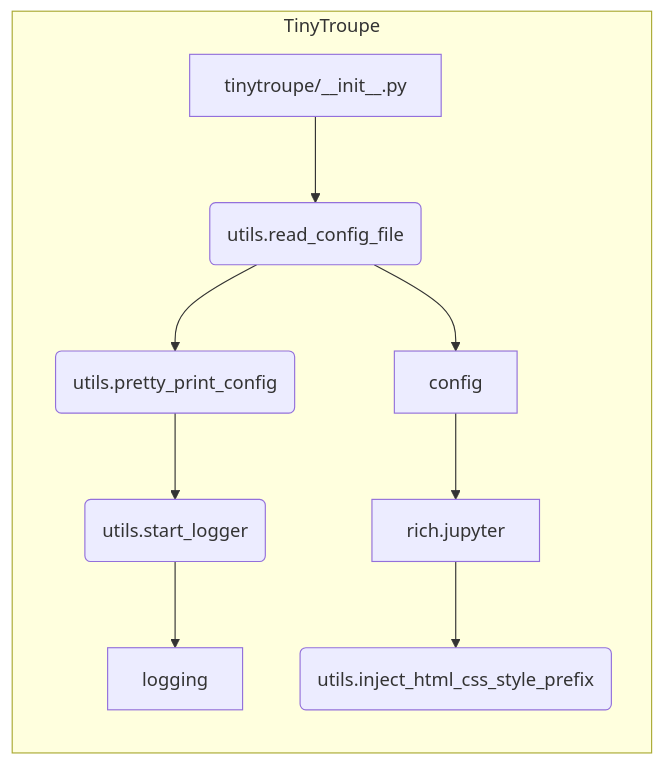
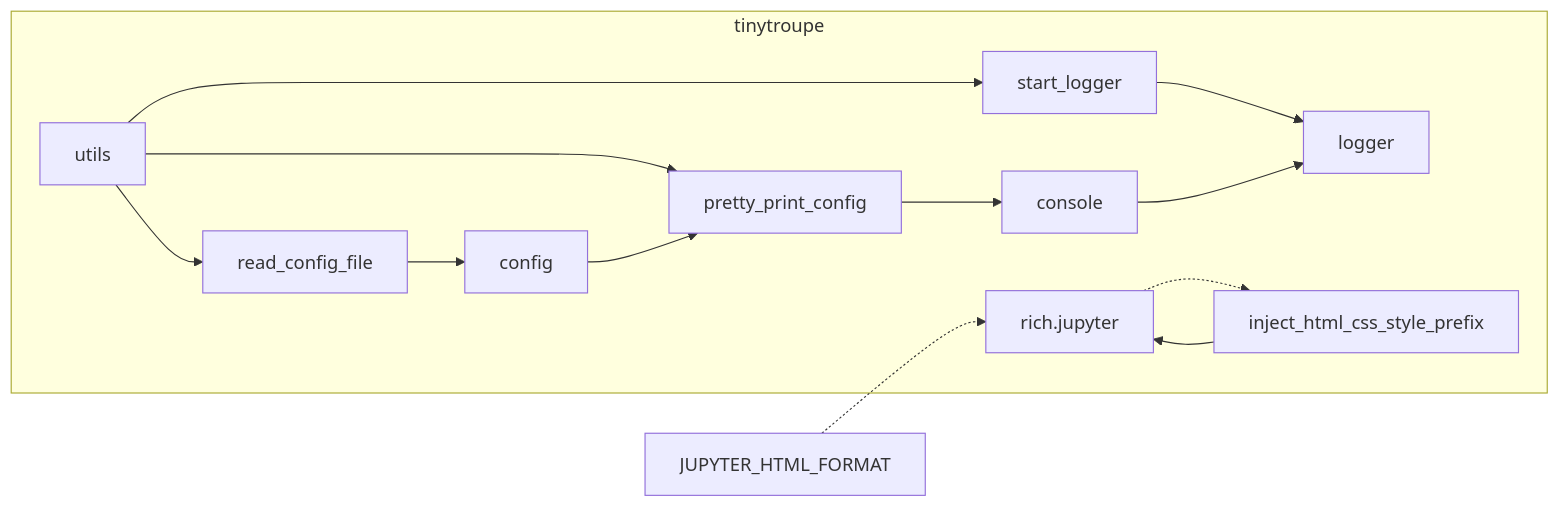
One commit to hypo69/hypo changed the second of 2 diagrams in docs/gemini/ru/explainer/src/ai/tiny_troupe/TinyTroupe/tinytroupe/__init__.md. Above: the diagram before and after it, drawn with Mermaid. The commit also changed other lines of this file and 632 other files, not shown here.

````diff
--- a/docs/gemini/ru/explainer/src/ai/tiny_troupe/TinyTroupe/tinytroupe/__init__.md
+++ b/docs/gemini/ru/explainer/src/ai/tiny_troupe/TinyTroupe/tinytroupe/__init__.md
@@ -53,12 +65,17 @@
 ```mermaid
 graph LR
-    subgraph TinyTroupe
-        A[tinytroupe/__init__.py] --> B(utils.read_config_file);
-        B --> C(utils.pretty_print_config);
-        C --> D(utils.start_logger);
-        B --> E[config];
-        D --> F[logging];
-        E --> G[rich.jupyter];
-        G --> H(utils.inject_html_css_style_prefix);
+    subgraph "tinytroupe"
+        utils[utils] --> read_config_file;
+        read_config_file --> config[config];
+        utils --> pretty_print_config;
+        pretty_print_config --> console;
+        utils --> start_logger;
+        start_logger --> logger;
+        rich.jupyter[rich.jupyter] -.-> inject_html_css_style_prefix;
+        inject_html_css_style_prefix --> rich.jupyter;
     end
+    config --> pretty_print_config;
+    console --> logger;
+    JUPYTER_HTML_FORMAT -.-> rich.jupyter;
+
 ```
````
